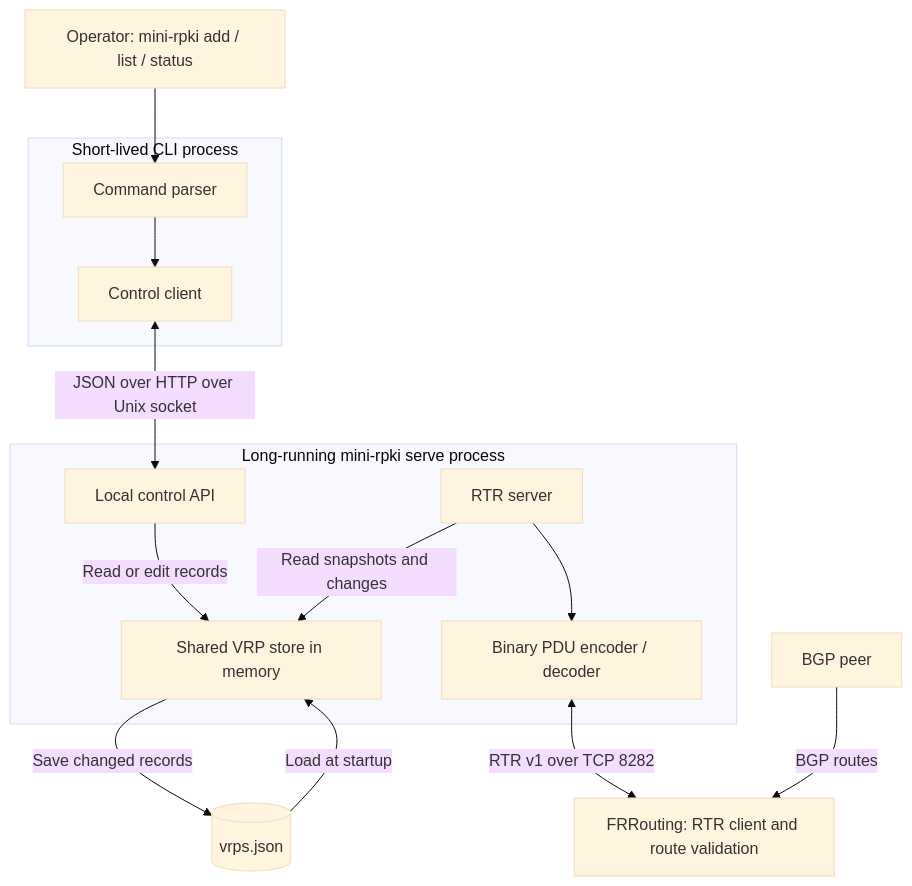
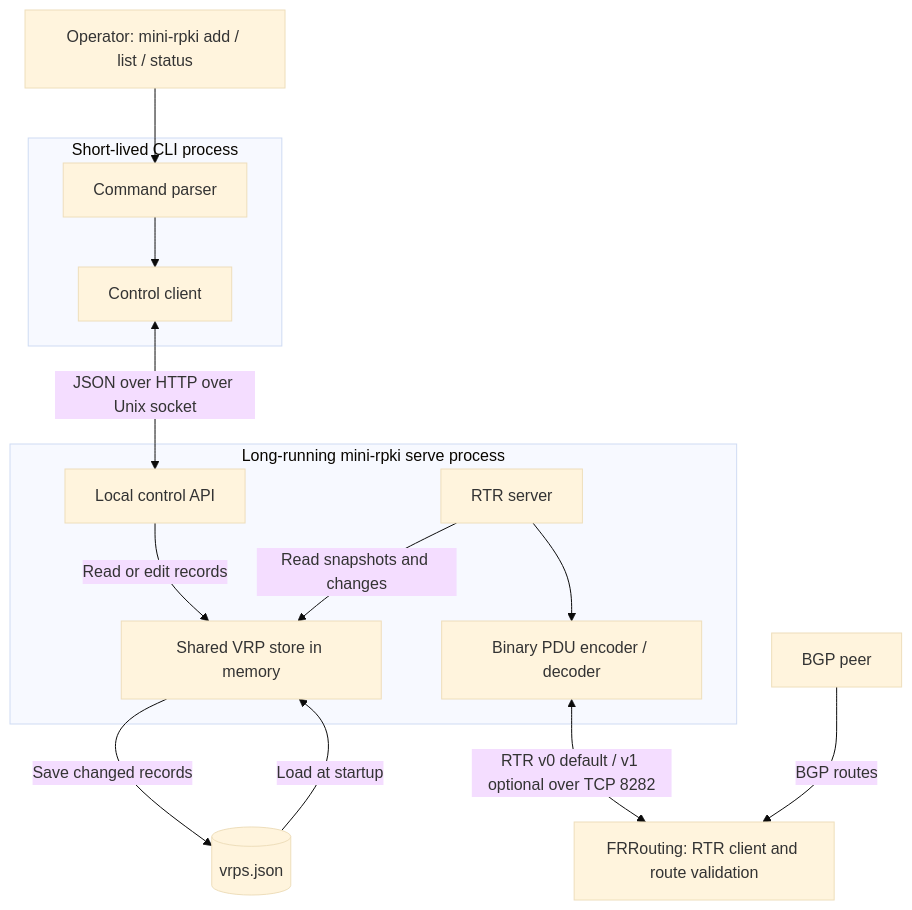
Before and after one commit to emrggul/mini-rpki: the diagram in docs/LESSON_1_ARCHITECTURE.md, drawn with Mermaid (base theme). The commit also changed other lines of this file and 14 other files, not shown here.

````diff
--- a/docs/LESSON_1_ARCHITECTURE.md
+++ b/docs/LESSON_1_ARCHITECTURE.md
@@ -11,30 +11,30 @@
 ```mermaid
 flowchart TB
     Operator["Operator: mini-rpki add / list / status"]
 
     subgraph Client["Short-lived CLI process"]
         Parser["Command parser"]
         Caller["Control client"]
         Parser --> Caller
     end
 
     subgraph Server["Long-running mini-rpki serve process"]
         API["Local control API"]
         Store["Shared VRP store in memory"]
         RTR["RTR server"]
         Codec["Binary PDU encoder / decoder"]
         API -->|"Read or edit records"| Store
         RTR -->|"Read snapshots and changes"| Store
         RTR --> Codec
     end
 
     Disk[("vrps.json")]
     FRR["FRRouting: RTR client and route validation"]
     Peer["BGP peer"]
     Operator --> Parser
     Caller <-->|"JSON over HTTP over Unix socket"| API
     Store -->|"Save changed records"| Disk
     Disk -->|"Load at startup"| Store
-    Codec <-->|"RTR v1 over TCP 8282"| FRR
+    Codec <-->|"RTR v0 default / v1 optional over TCP 8282"| FRR
     Peer -->|"BGP routes"| FRR
 ```
````
